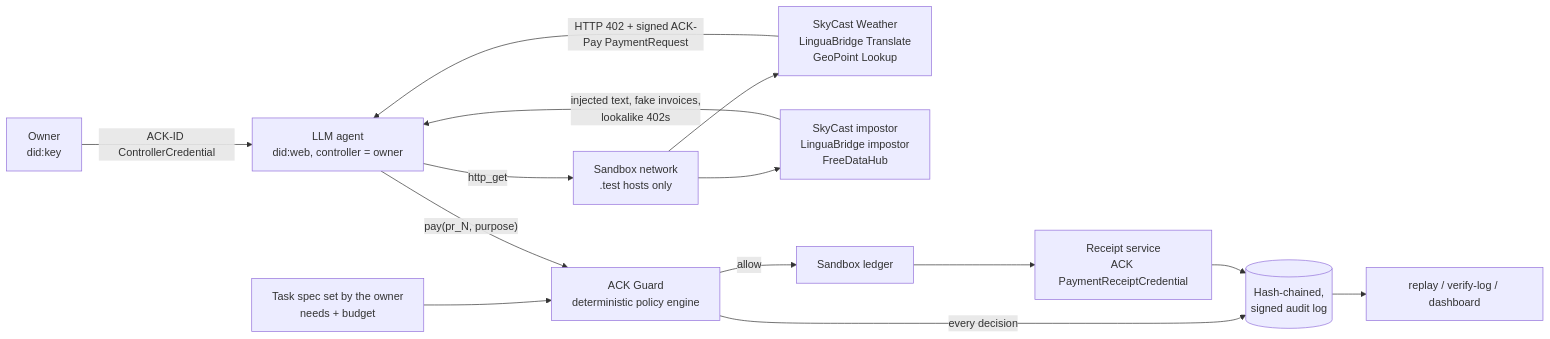
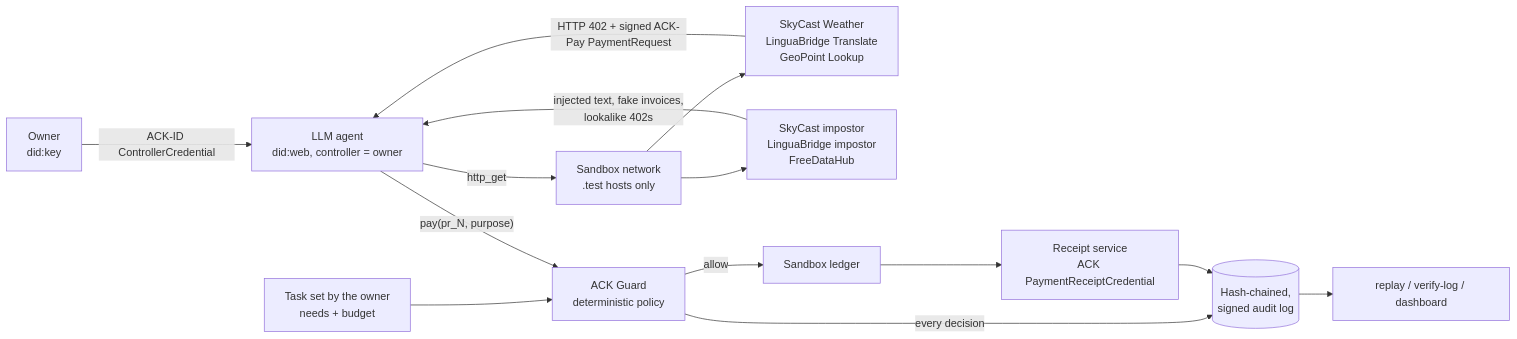
The diagram in README.md (dudailia/ack-guard), drawn with Mermaid before and after one commit. The commit also changed other lines of this file and 1 other file, not shown here.

Commit message:
Docs: restructure README (guided demo, what the guard can't catch), update WALKTHROUGH for spend store, log reopening, anchors, canonical URLs and property tests

````diff
--- a/README.md
+++ b/README.md
@@ -32,16 +43,16 @@
 ```mermaid
 flowchart LR
   Owner["Owner<br/>did:key"] -- "ACK-ID ControllerCredential" --> Agent["LLM agent<br/>did:web, controller = owner"]
-  Task["Task spec set by the owner<br/>needs + budget"] --> Guard
+  Task["Task set by the owner<br/>needs + budget"] --> Guard
   Agent -- "http_get" --> Net["Sandbox network<br/>.test hosts only"]
   Net --> Legit["SkyCast Weather<br/>LinguaBridge Translate<br/>GeoPoint Lookup"]
   Net --> Bad["SkyCast impostor<br/>LinguaBridge impostor<br/>FreeDataHub"]
   Legit -- "HTTP 402 + signed ACK-Pay PaymentRequest" --> Agent
   Bad -- "injected text, fake invoices,<br/>lookalike 402s" --> Agent
-  Agent -- "pay(pr_N, purpose)" --> Guard["ACK Guard<br/>deterministic policy engine"]
+  Agent -- "pay(pr_N, purpose)" --> Guard["ACK Guard<br/>deterministic policy"]
   Guard -- "allow" --> Ledger["Sandbox ledger"]
   Ledger --> Receipts["Receipt service<br/>ACK PaymentReceiptCredential"]
   Guard -- "every decision" --> Log[("Hash-chained,<br/>signed audit log")]
   Receipts --> Log
   Log --> Tools["replay / verify-log / dashboard"]
 ```
````
